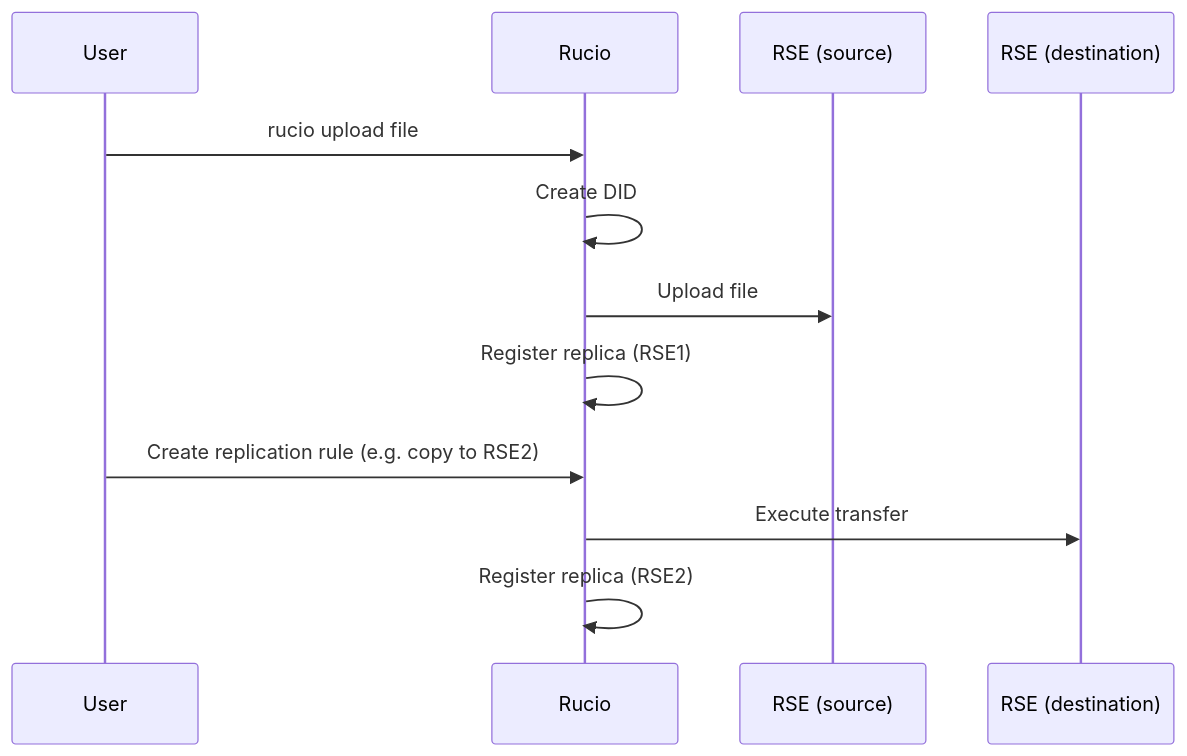
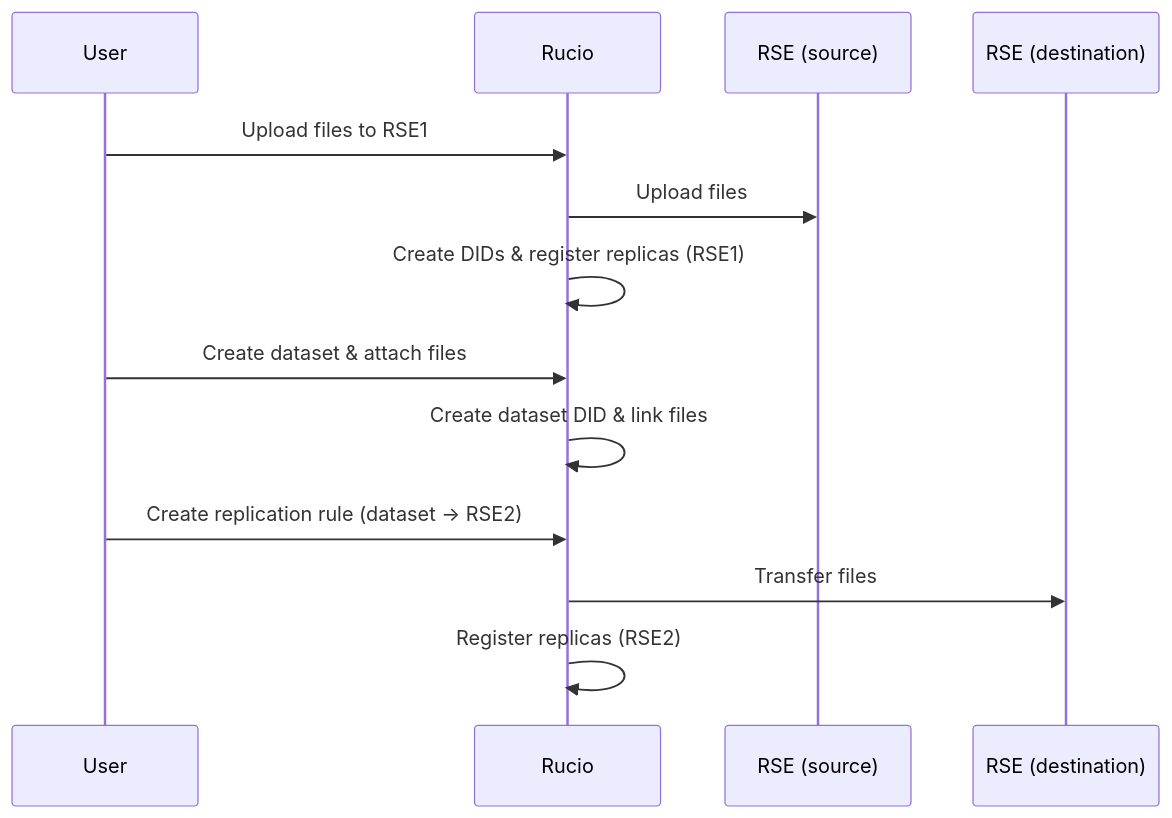
Before and after one commit to mgajek-cern/architecture-docs: the first of 2 diagrams in 6-runtime-view/did-creation-and-replication-workflow.md, drawn with Mermaid. The commit also changed other lines of this file, not shown here.

Commit message:
update DID creation and replication workflow diagrams

````diff
--- a/6-runtime-view/did-creation-and-replication-workflow.md
+++ b/6-runtime-view/did-creation-and-replication-workflow.md
@@ -5,16 +4,18 @@
 ```mermaid
 sequenceDiagram
     participant User
     participant Rucio
     participant RSE1 as RSE (source)
     participant RSE2 as RSE (destination)
 
-    User->>Rucio: rucio upload file
-    Rucio->>Rucio: Create DID
-    Rucio->>RSE1: Upload file
-    Rucio->>Rucio: Register replica (RSE1)
+    User->>Rucio: Upload files to RSE1
+    Rucio->>RSE1: Upload files
+    Rucio->>Rucio: Create DIDs & register replicas (RSE1)
 
-    User->>Rucio: Create replication rule (e.g. copy to RSE2)
-    Rucio->>RSE2: Execute transfer
-    Rucio->>Rucio: Register replica (RSE2)
+    User->>Rucio: Create dataset & attach files
+    Rucio->>Rucio: Create dataset DID & link files
+
+    User->>Rucio: Create replication rule (dataset → RSE2)
+    Rucio->>RSE2: Transfer files
+    Rucio->>Rucio: Register replicas (RSE2)
 ```
````
